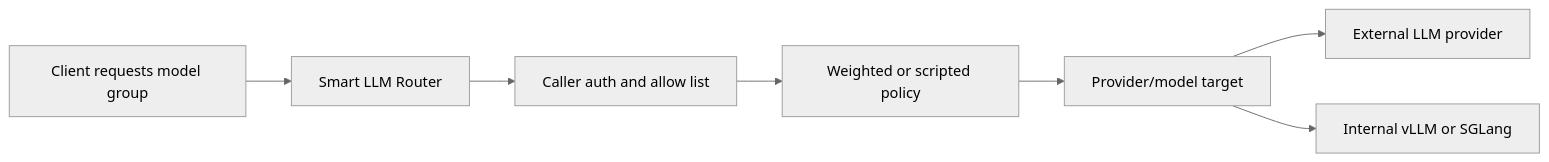
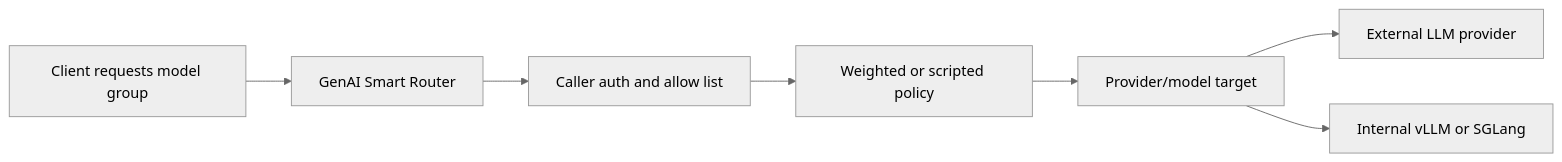
The diagram in docs-site/docs/overview.mdx (Metrum-AI-Products/genai-smart-router), drawn with Mermaid (neutral theme) before and after one commit. The commit also changed other lines of this file and 20 other files, not shown here.

Commit message:
Rebrand docs for GenAI Smart Router

````diff
--- a/docs-site/docs/overview.mdx
+++ b/docs-site/docs/overview.mdx
@@ -38,9 +40,9 @@
 ```mermaid
 flowchart LR
-  Client[Client requests model group] --> Router[Smart LLM Router]
+  Client[Client requests model group] --> Router[GenAI Smart Router]
   Router --> Auth[Caller auth and allow list]
   Auth --> Policy[Weighted or scripted policy]
   Policy --> Target[Provider/model target]
   Target --> Provider[External LLM provider]
   Target --> Internal[Internal vLLM or SGLang]
 ```
````
